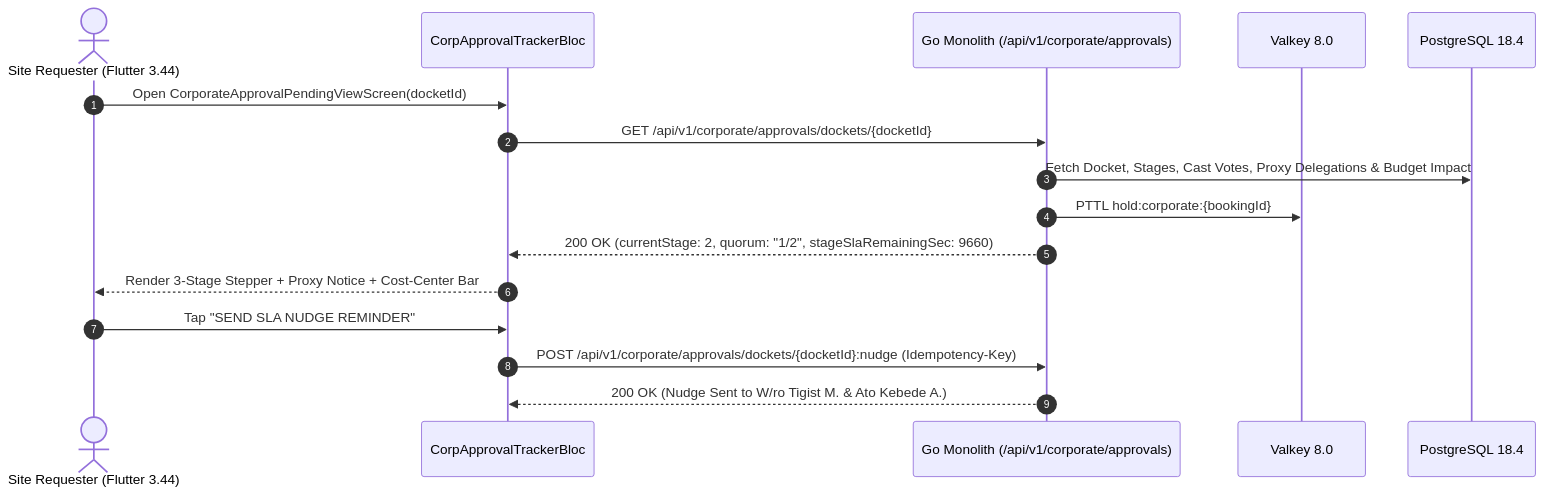
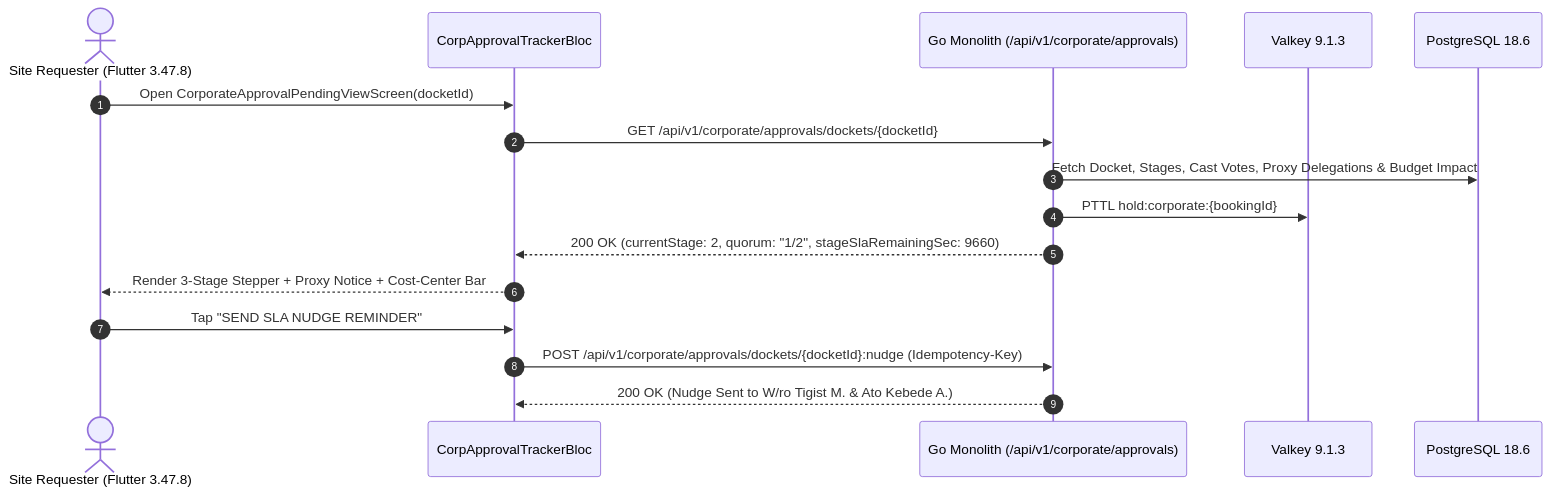
The second of 2 diagrams in docs/mobile/renter-experience/11-corporate-approval-pending-view.md (YDink/Heavy-Machinery-Logistics-Rental), drawn with Mermaid before and after one commit. The commit also changed other lines of this file and 212 other files, not shown here.

````diff
--- a/docs/mobile/renter-experience/11-corporate-approval-pending-view.md
+++ b/docs/mobile/renter-experience/11-corporate-approval-pending-view.md
@@ -112,19 +112,19 @@
 ```mermaid
 sequenceDiagram
     autonumber
-    actor Req as Site Requester (Flutter 3.44)
+    actor Req as Site Requester (Flutter 3.47.8)
     participant CorpBloc as CorpApprovalTrackerBloc
     participant API as Go Monolith (/api/v1/corporate/approvals)
-    participant Valkey as Valkey 8.0
-    participant PG as PostgreSQL 18.4
+    participant Valkey as Valkey 9.1.3
+    participant PG as PostgreSQL 18.6
 
     Req->>CorpBloc: Open CorporateApprovalPendingViewScreen(docketId)
     CorpBloc->>API: GET /api/v1/corporate/approvals/dockets/{docketId}
     API->>PG: Fetch Docket, Stages, Cast Votes, Proxy Delegations & Budget Impact
     API->>Valkey: PTTL hold:corporate:{bookingId}
     API-->>CorpBloc: 200 OK (currentStage: 2, quorum: "1/2", stageSlaRemainingSec: 9660)
     CorpBloc-->>Req: Render 3-Stage Stepper + Proxy Notice + Cost-Center Bar
     Req->>CorpBloc: Tap "SEND SLA NUDGE REMINDER"
     CorpBloc->>API: POST /api/v1/corporate/approvals/dockets/{docketId}:nudge (Idempotency-Key)
     API-->>CorpBloc: 200 OK (Nudge Sent to W/ro Tigist M. & Ato Kebede A.)
 ```
````
